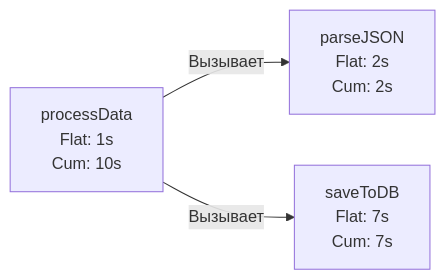
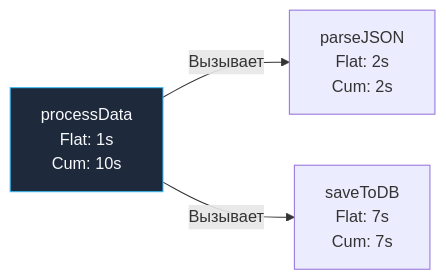
Before and after one commit to UnrealTemplier/go-textbook: the diagram in sources/15. Тестирование в Go (QA & Testing)/09. Производительность/3. CPU и memory profiling.md, drawn with Mermaid. The commit also changed 1666 other files, not shown here.

First line of the commit message:
feat(mermaid): add semantic color classDef to 1369 colorless flowchart/graph diagrams

````diff
--- a/sources/15. Тестирование в Go (QA & Testing)/09. Производительность/3. CPU и memory profiling.md
+++ b/sources/15. Тестирование в Go (QA & Testing)/09. Производительность/3. CPU и memory profiling.md
@@ -68,5 +68,15 @@
 ```mermaid
 flowchart LR
-    A["processData<br>Flat: 1s<br>Cum: 10s"] -->|"Вызывает"| B["parseJSON<br>Flat: 2s<br>Cum: 2s"]
+    classDef process  fill:#1e293b,stroke:#38bdf8,stroke-width:1px,color:#f8fafc
+    classDef success  fill:#064e3b,stroke:#34d399,stroke-width:1px,color:#f8fafc
+    classDef error    fill:#7f1d1d,stroke:#f87171,stroke-width:1px,color:#f8fafc
+    classDef warning  fill:#78350f,stroke:#fbbf24,stroke-width:1px,color:#f8fafc
+    classDef entry    fill:#1e3a5f,stroke:#38bdf8,stroke-width:2px,color:#f8fafc
+    classDef aux      fill:#334155,stroke:#64748b,stroke-width:1px,color:#f8fafc
+    classDef system   fill:#312e81,stroke:#a78bfa,stroke-width:1px,color:#f8fafc
+    classDef data     fill:#132d29,stroke:#2dd4bf,stroke-width:1px,color:#f8fafc
+    classDef network  fill:#881337,stroke:#fb7185,stroke-width:1px,color:#f8fafc
+    classDef accent   fill:#1e1b4b,stroke:#818cf8,stroke-width:1px,color:#f8fafc
+    A["processData<br>Flat: 1s<br>Cum: 10s"]:::process -->|"Вызывает"| B["parseJSON<br>Flat: 2s<br>Cum: 2s"]
     A -->|"Вызывает"| C["saveToDB<br>Flat: 7s<br>Cum: 7s"]
 ```
````
